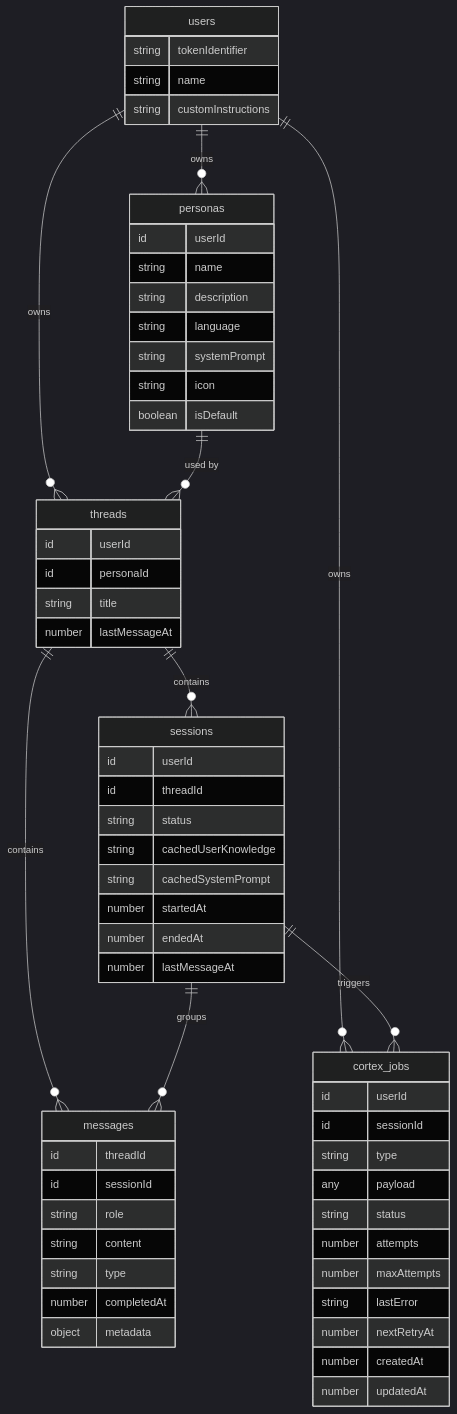
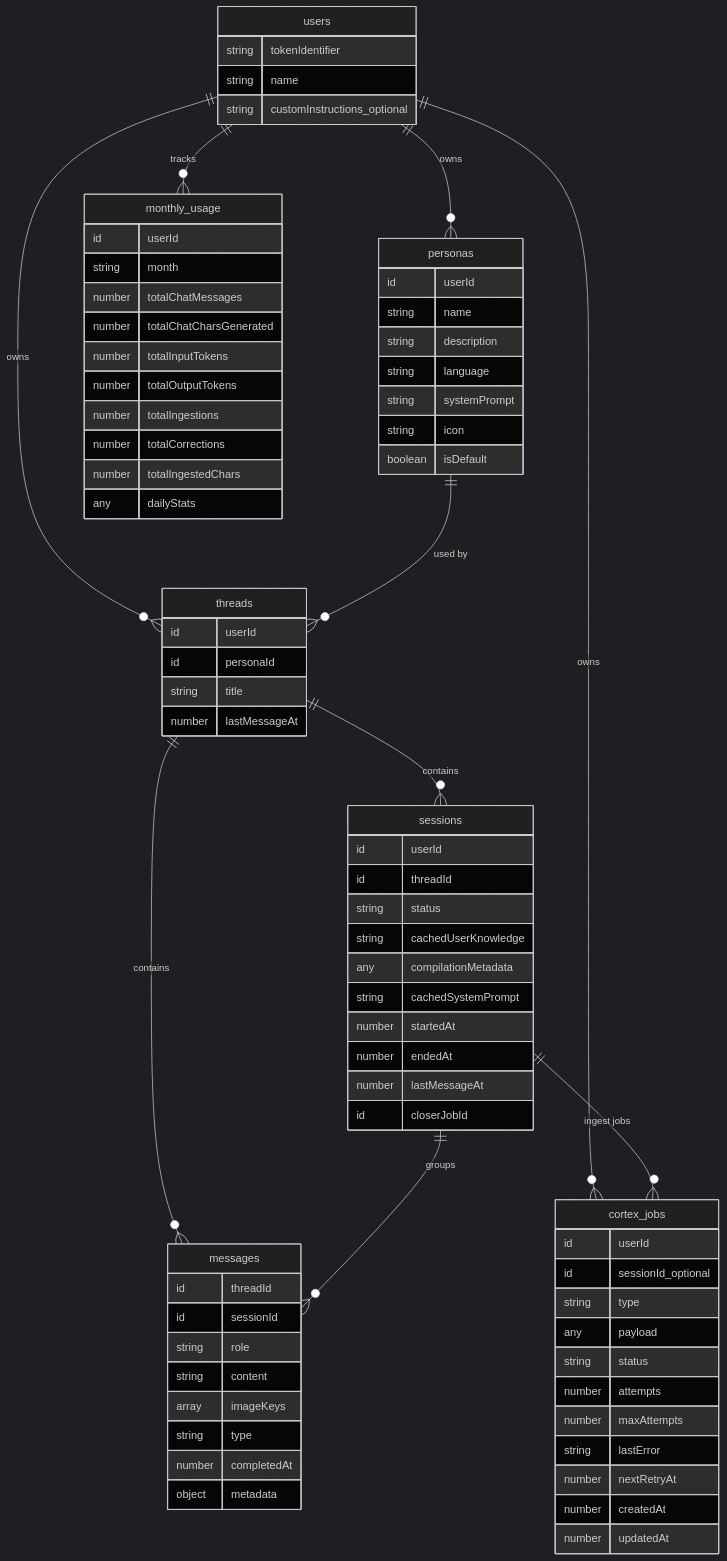
Before and after one commit to juandastic/synapse-chat-ai: the third of 7 diagrams in README.md, drawn with Mermaid (dark theme). The commit also changed other lines of this file and 1 other file, not shown here.

Commit message:
Update README.md to reflect changes in data flow, schema, and session management. Enhance ChatInput component with mobile viewport detection and adjust keyboard handling for message submission. Improve user instructions based on viewport context.

````diff
--- a/README.md
+++ b/README.md
@@ -181,64 +181,80 @@
 ```mermaid
 erDiagram
     users {
         string tokenIdentifier
         string name
-        string customInstructions
+        string customInstructions_optional
     }
     personas {
         id userId
         string name
         string description
         string language
         string systemPrompt
         string icon
         boolean isDefault
     }
     threads {
         id userId
         id personaId
         string title
         number lastMessageAt
     }
     sessions {
         id userId
         id threadId
         string status
         string cachedUserKnowledge
+        any compilationMetadata
         string cachedSystemPrompt
         number startedAt
         number endedAt
         number lastMessageAt
+        id closerJobId
     }
     messages {
         id threadId
         id sessionId
         string role
         string content
+        array imageKeys
         string type
         number completedAt
         object metadata
     }
     cortex_jobs {
         id userId
-        id sessionId
+        id sessionId_optional
         string type
         any payload
         string status
         number attempts
         number maxAttempts
         string lastError
         number nextRetryAt
         number createdAt
         number updatedAt
     }
+    monthly_usage {
+        id userId
+        string month
+        number totalChatMessages
+        number totalChatCharsGenerated
+        number totalInputTokens
+        number totalOutputTokens
+        number totalIngestions
+        number totalCorrections
+        number totalIngestedChars
+        any dailyStats
+    }
 
     users ||--o{ personas : owns
     users ||--o{ threads : owns
     users ||--o{ cortex_jobs : owns
+    users ||--o{ monthly_usage : tracks
     personas ||--o{ threads : "used by"
     threads ||--o{ sessions : contains
     threads ||--o{ messages : contains
     sessions ||--o{ messages : groups
-    sessions ||--o{ cortex_jobs : triggers
+    sessions ||--o{ cortex_jobs : "ingest jobs"
 ```
````
